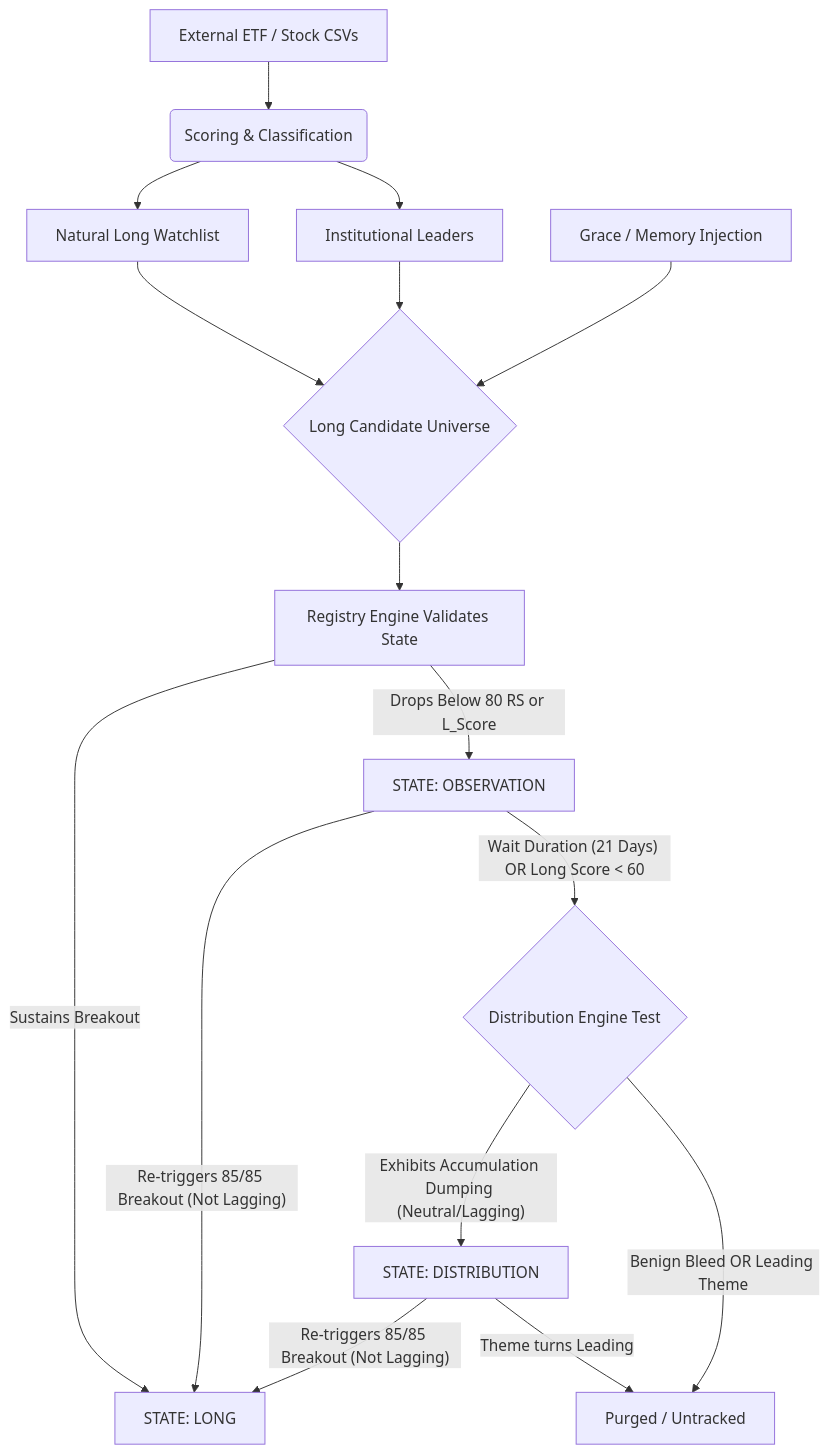
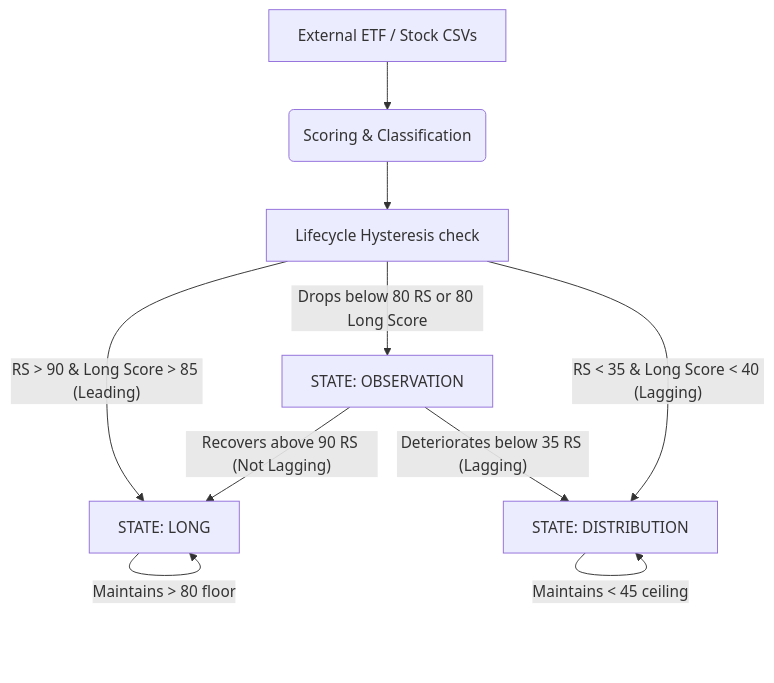
The diagram in docs/STOCK_LIFECYCLE.md (parimalrane/TABELA), drawn with Mermaid before and after one commit. The commit also changed other lines of this file and 183 other files, not shown here.

Commit message:
new long/short engine

````diff
--- a/docs/STOCK_LIFECYCLE.md
+++ b/docs/STOCK_LIFECYCLE.md
@@ -7,27 +7,21 @@
 ```mermaid
 graph TD
     %% Base Data
     Universe[External ETF / Stock CSVs] --> scoring(Scoring & Classification)
     
-    %% Engine Pipeline
-    scoring --> LC_Natural[Natural Long Watchlist]
-    scoring --> LC_Instit[Institutional Leaders]
-
-    %% Long Candidates Pool
-    LC_Natural --> LC_Pool{Long Candidate Universe}
-    LC_Instit --> LC_Pool
-    Grace[Grace / Memory Injection] --> LC_Pool
-    
     %% Registry Evaluation
-    LC_Pool --> RE_Valid[Registry Engine Validates State]
+    scoring --> RE_Valid[Lifecycle Hysteresis check]
     
     %% State Machine Transitions
-    RE_Valid -- Sustains Breakout --> State_Long[STATE: LONG]
-    RE_Valid -- Drops Below 80 RS or L_Score --> State_Obs[STATE: OBSERVATION]
-    State_Obs -- Re-triggers 85/85 Breakout (Not Lagging) --> State_Long
-    State_Obs -- "Wait Duration (21 Days) OR Long Score < 60" --> RE_D_Test{Distribution Engine Test}
-    RE_D_Test -- Exhibits Accumulation Dumping (Neutral/Lagging) --> State_Dist[STATE: DISTRIBUTION]
-    RE_D_Test -- Benign Bleed OR Leading Theme --> Purge[Purged / Untracked]
-    State_Dist -- Re-triggers 85/85 Breakout (Not Lagging) --> State_Long
-    State_Dist -- Theme turns Leading --> Purge
+    RE_Valid -- "RS > 90 & Long Score > 85 (Leading)" --> State_Long[STATE: LONG]
+    RE_Valid -- "Drops below 80 RS or 80 Long Score" --> State_Obs[STATE: OBSERVATION]
+    RE_Valid -- "RS < 35 & Long Score < 40 (Lagging)" --> State_Dist[STATE: DISTRIBUTION]
+    
+    %% Hysteresis Maintenance
+    State_Long -- "Maintains > 80 floor" --> State_Long
+    State_Dist -- "Maintains < 45 ceiling" --> State_Dist
+    
+    %% Breakout / Breakdowns
+    State_Obs -- "Recovers above 90 RS (Not Lagging)" --> State_Long
+    State_Obs -- "Deteriorates below 35 RS (Lagging)" --> State_Dist
 ```
````
